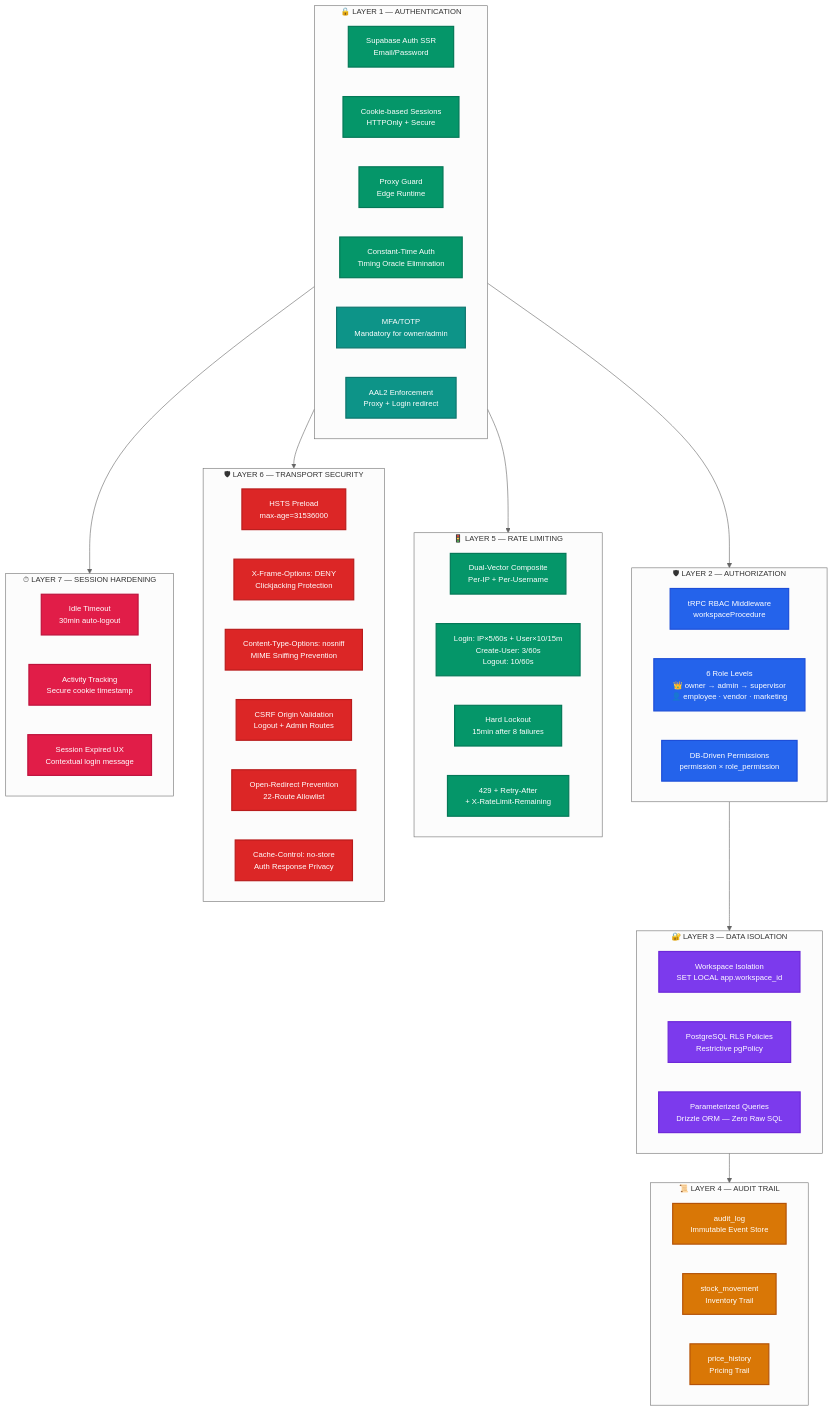
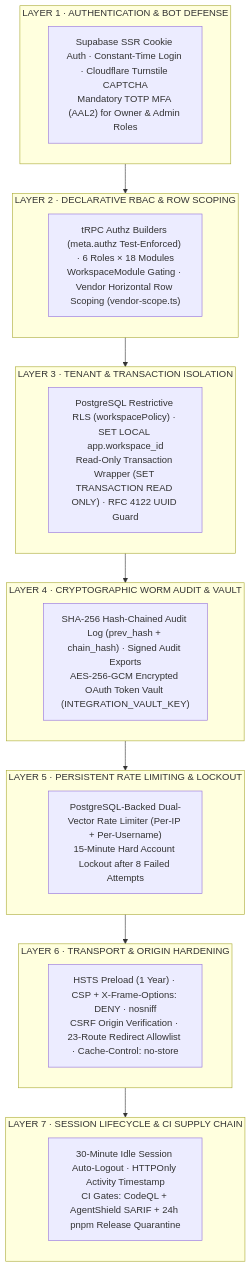
The eighth of 8 diagrams in README.md (jesusjosezapata99-jpg/Cendaro), drawn with Mermaid before and after one commit. The commit also changed other lines of this file and 49 other files, not shown here.

````diff
--- a/README.md
+++ b/README.md
@@ -915,66 +693,32 @@
 ```mermaid
-%%{init: {'theme': 'neutral', 'themeVariables': {'fontSize': '13px'}}}%%
-
-graph TB
-  classDef auth fill:#059669,stroke:#047857,color:#fff,stroke-width:2px
-  classDef mfa fill:#0d9488,stroke:#0f766e,color:#fff,stroke-width:2px
-  classDef rbac fill:#2463eb,stroke:#1d4ed8,color:#fff,stroke-width:2px
-  classDef data fill:#7c3aed,stroke:#6d28d9,color:#fff,stroke-width:2px
-  classDef audit fill:#d97706,stroke:#b45309,color:#fff,stroke-width:2px
-  classDef headers fill:#dc2626,stroke:#b91c1c,color:#fff,stroke-width:2px
-  classDef session fill:#e11d48,stroke:#be123c,color:#fff,stroke-width:2px
-
-  subgraph L1["🔒 LAYER 1 — AUTHENTICATION"]
-    A1["Supabase Auth SSR\nEmail/Password"]:::auth
-    A2["Cookie-based Sessions\nHTTPOnly + Secure"]:::auth
-    A3["Proxy Guard\nEdge Runtime"]:::auth
-    A4["Constant-Time Auth\nTiming Oracle Elimination"]:::auth
-    A5["MFA/TOTP\nMandatory for owner/admin"]:::mfa
-    A6["AAL2 Enforcement\nProxy + Login redirect"]:::mfa
+flowchart TB
+  subgraph L1["LAYER 1 · AUTHENTICATION & BOT DEFENSE"]
+    S1["Supabase SSR Cookie Auth · Constant-Time Login · Cloudflare Turnstile CAPTCHA<br/>Mandatory TOTP MFA (AAL2) for Owner & Admin Roles"]
   end
 
-  subgraph L2["🛡 LAYER 2 — AUTHORIZATION"]
-    B1["tRPC RBAC Middleware\nworkspaceProcedure"]:::rbac
-    B2["6 Role Levels\n👑 owner → admin → supervisor\n👤 employee · vendor · marketing"]:::rbac
-    B3["DB-Driven Permissions\npermission × role_permission"]:::rbac
+  subgraph L2["LAYER 2 · DECLARATIVE RBAC & ROW SCOPING"]
+    S2["tRPC Authz Builders (meta.authz Test-Enforced) · 6 Roles × 18 Modules<br/>WorkspaceModule Gating · Vendor Horizontal Row Scoping (vendor-scope.ts)"]
   end
 
-  subgraph L3["🔐 LAYER 3 — DATA ISOLATION"]
-    C1["Workspace Isolation\nSET LOCAL app.workspace_id"]:::data
-    C2["PostgreSQL RLS Policies\nRestrictive pgPolicy"]:::data
-    C3["Parameterized Queries\nDrizzle ORM — Zero Raw SQL"]:::data
+  subgraph L3["LAYER 3 · TENANT & TRANSACTION ISOLATION"]
+    S3["PostgreSQL Restrictive RLS (workspacePolicy) · SET LOCAL app.workspace_id<br/>Read-Only Transaction Wrapper (SET TRANSACTION READ ONLY) · RFC 4122 UUID Guard"]
   end
 
-  subgraph L4["📜 LAYER 4 — AUDIT TRAIL"]
-    D1["audit_log\nImmutable Event Store"]:::audit
-    D2["stock_movement\nInventory Trail"]:::audit
-    D3["price_history\nPricing Trail"]:::audit
+  subgraph L4["LAYER 4 · CRYPTOGRAPHIC WORM AUDIT & VAULT"]
+    S4["SHA-256 Hash-Chained Audit Log (prev_hash + chain_hash) · Signed Audit Exports<br/>AES-256-GCM Encrypted OAuth Token Vault (INTEGRATION_VAULT_KEY)"]
   end
 
-  subgraph L5["🚦 LAYER 5 — RATE LIMITING"]
-    E1["Dual-Vector Composite\nPer-IP + Per-Username"]:::auth
-    E2["Login: IP×5/60s + User×10/15m\nCreate-User: 3/60s\nLogout: 10/60s"]:::auth
-    E3["Hard Lockout\n15min after 8 failures"]:::auth
-    E4["429 + Retry-After\n+ X-RateLimit-Remaining"]:::auth
+  subgraph L5["LAYER 5 · PERSISTENT RATE LIMITING & LOCKOUT"]
+    S5["PostgreSQL-Backed Dual-Vector Rate Limiter (Per-IP + Per-Username)<br/>15-Minute Hard Account Lockout after 8 Failed Attempts"]
   end
 
-  subgraph L6["🛡 LAYER 6 — TRANSPORT SECURITY"]
-    F1["HSTS Preload\nmax-age=31536000"]:::headers
-    F2["X-Frame-Options: DENY\nClickjacking Protection"]:::headers
-    F3["Content-Type-Options: nosniff\nMIME Sniffing Prevention"]:::headers
-    F4["CSRF Origin Validation\nLogout + Admin Routes"]:::headers
-    F5["Open-Redirect Prevention\n22-Route Allowlist"]:::headers
-    F6["Cache-Control: no-store\nAuth Response Privacy"]:::headers
+  subgraph L6["LAYER 6 · TRANSPORT & ORIGIN HARDENING"]
+    S6["HSTS Preload (1 Year) · CSP + X-Frame-Options: DENY · nosniff<br/>CSRF Origin Verification · 23-Route Redirect Allowlist · Cache-Control: no-store"]
   end
 
-  subgraph L7["⏱ LAYER 7 — SESSION HARDENING"]
-    G1["Idle Timeout\n30min auto-logout"]:::session
-    G2["Activity Tracking\nSecure cookie timestamp"]:::session
-    G3["Session Expired UX\nContextual login message"]:::session
+  subgraph L7["LAYER 7 · SESSION LIFECYCLE & CI SUPPLY CHAIN"]
+    S7["30-Minute Idle Session Auto-Logout · HTTPOnly Activity Timestamp<br/>CI Gates: CodeQL + AgentShield SARIF + 24h pnpm Release Quarantine"]
   end
 
-  L1 --> L2 --> L3 --> L4
-  L1 --> L5
-  L1 --> L6
-  L1 --> L7
+  L1 --> L2 --> L3 --> L4 --> L5 --> L6 --> L7
 ```
````
